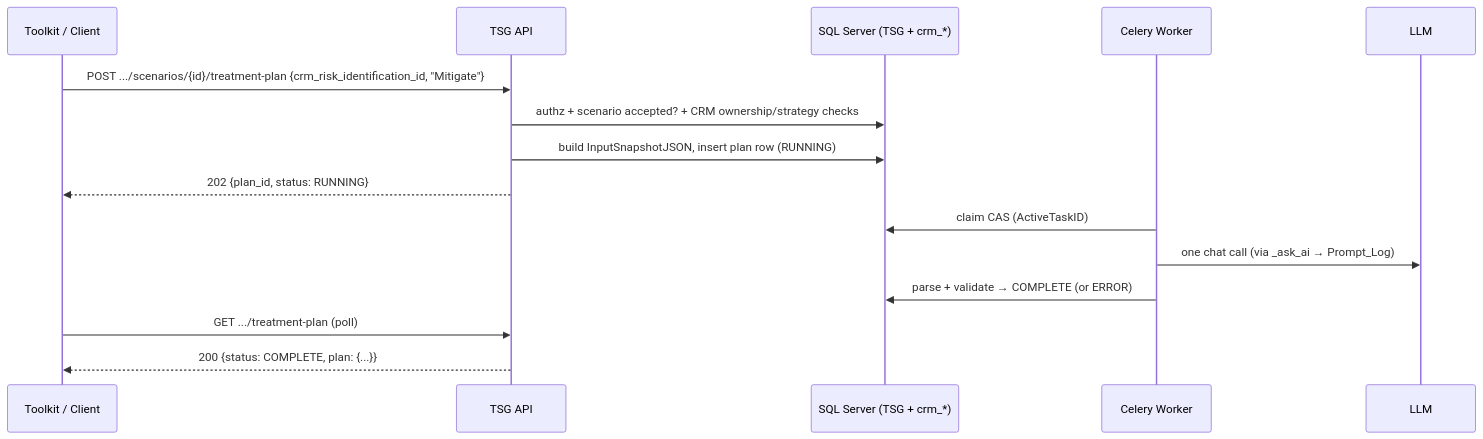
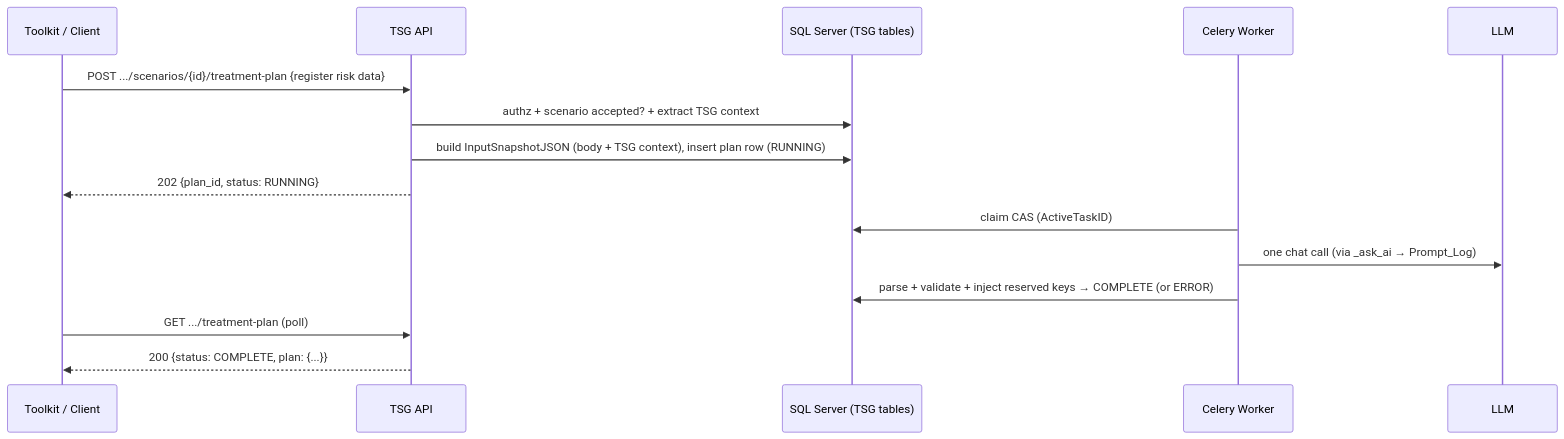
One commit to gopalchettri/tsg changed the diagram in docs/RISK_TREATMENT_PLAN_SDD.md. Above: the diagram before and after it, drawn with Mermaid. The commit also changed other lines of this file and 37 other files, not shown here.

````diff
--- a/docs/RISK_TREATMENT_PLAN_SDD.md
+++ b/docs/RISK_TREATMENT_PLAN_SDD.md
@@ -64,18 +68,18 @@
 ```mermaid
 sequenceDiagram
     participant UI as Toolkit / Client
     participant API as TSG API
-    participant DB as SQL Server (TSG + crm_*)
+    participant DB as SQL Server (TSG tables)
     participant Q as Celery Worker
     participant LLM as LLM
 
-    UI->>API: POST .../scenarios/{id}/treatment-plan {crm_risk_identification_id, "Mitigate"}
-    API->>DB: authz + scenario accepted? + CRM ownership/strategy checks
-    API->>DB: build InputSnapshotJSON, insert plan row (RUNNING)
+    UI->>API: POST .../scenarios/{id}/treatment-plan {register risk data}
+    API->>DB: authz + scenario accepted? + extract TSG context
+    API->>DB: build InputSnapshotJSON (body + TSG context), insert plan row (RUNNING)
     API-->>UI: 202 {plan_id, status: RUNNING}
     Q->>DB: claim CAS (ActiveTaskID)
     Q->>LLM: one chat call (via _ask_ai → Prompt_Log)
-    Q->>DB: parse + validate → COMPLETE (or ERROR)
+    Q->>DB: parse + validate + inject reserved keys → COMPLETE (or ERROR)
     UI->>API: GET .../treatment-plan (poll)
     API-->>UI: 200 {status: COMPLETE, plan: {...}}
 ```
````
